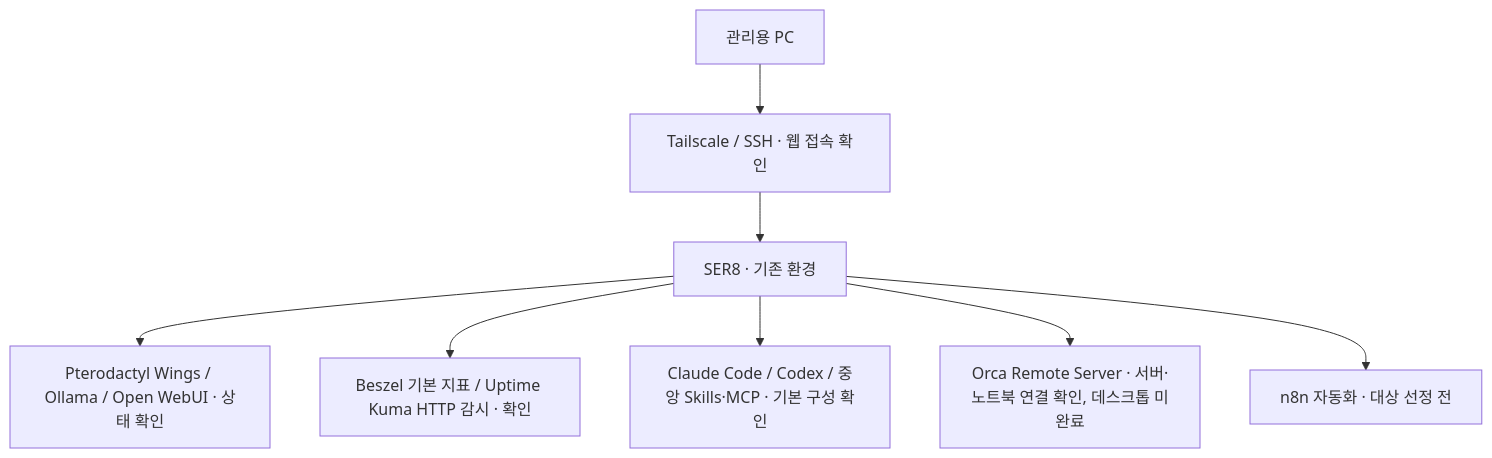
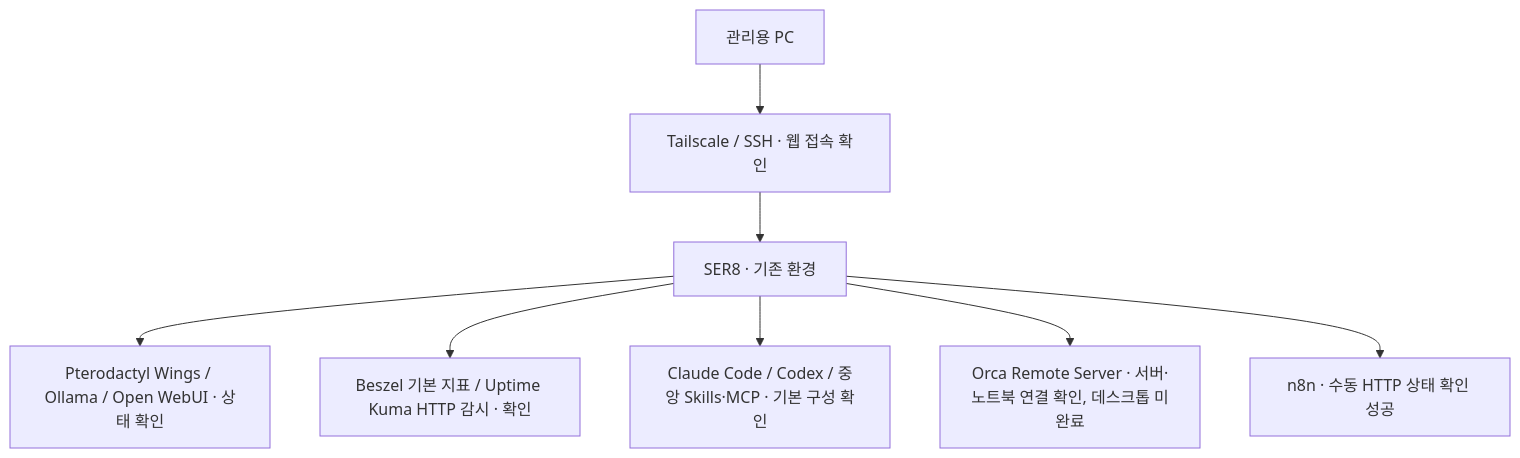
One commit to kosmos-s/ser8-home-server-ai changed the diagram in README.md. Above: the diagram before and after it, drawn with Mermaid. The commit also changed other lines of this file and 5 other files, not shown here.

````diff
--- a/README.md
+++ b/README.md
@@ -50,10 +50,10 @@
 ```mermaid
 flowchart TD
     A[관리용 PC] --> B[Tailscale / SSH · 웹 접속 확인]
     B --> C[SER8 · 기존 환경]
     C --> D[Pterodactyl Wings / Ollama / Open WebUI · 상태 확인]
     C --> E[Beszel 기본 지표 / Uptime Kuma HTTP 감시 · 확인]
     C --> F[Claude Code / Codex / 중앙 Skills·MCP · 기본 구성 확인]
     C --> G[Orca Remote Server · 서버·노트북 연결 확인, 데스크톱 미완료]
-    C --> H[n8n 자동화 · 대상 선정 전]
+    C --> H[n8n · 수동 HTTP 상태 확인 성공]
 ```
````
